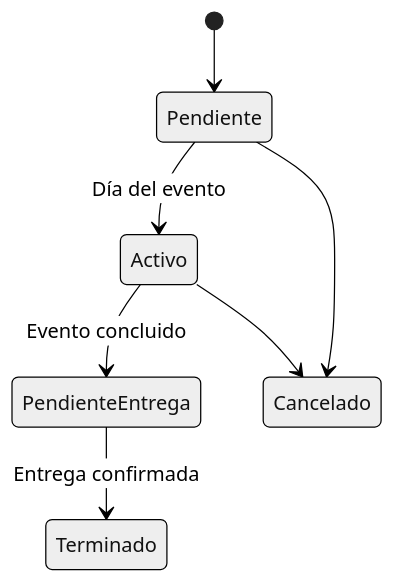
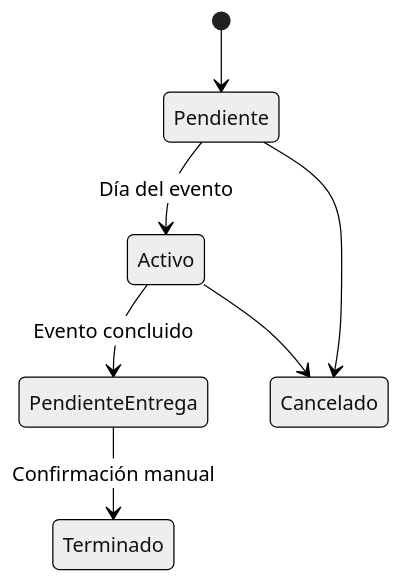
The fourth of 6 diagrams in Diseño-Tecnico.md (atalavera21/MiguelProducciones-GestorEventos), drawn with Mermaid (neutral theme) before and after one commit. The commit also changed other lines of this file, not shown here.

````diff
--- a/Diseño-Tecnico.md
+++ b/Diseño-Tecnico.md
@@ -290,9 +249,9 @@
 ```mermaid
 stateDiagram-v2
     [*] --> Pendiente
     Pendiente --> Activo : Día del evento
     Activo --> PendienteEntrega : Evento concluido
-    PendienteEntrega --> Terminado : Entrega confirmada
+    PendienteEntrega --> Terminado : Confirmación manual
     Pendiente --> Cancelado
     Activo --> Cancelado
 ```
````
